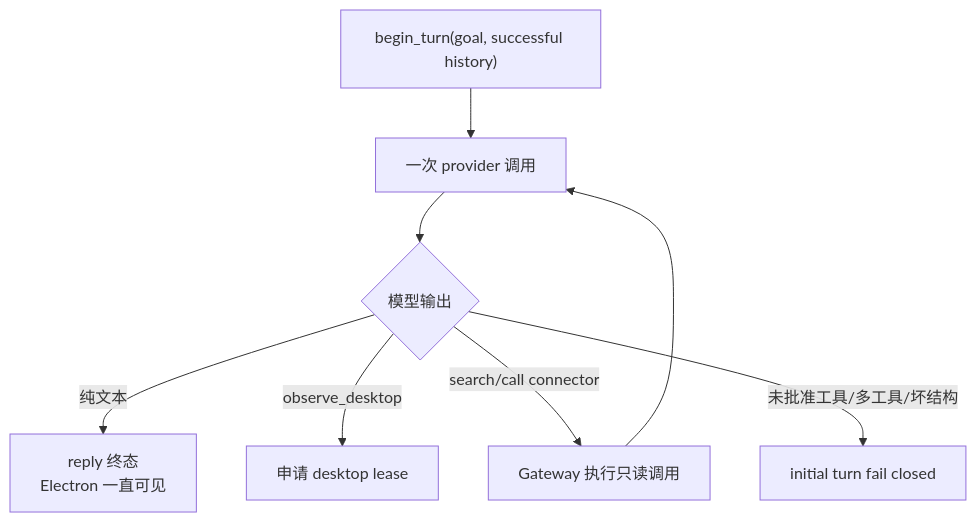
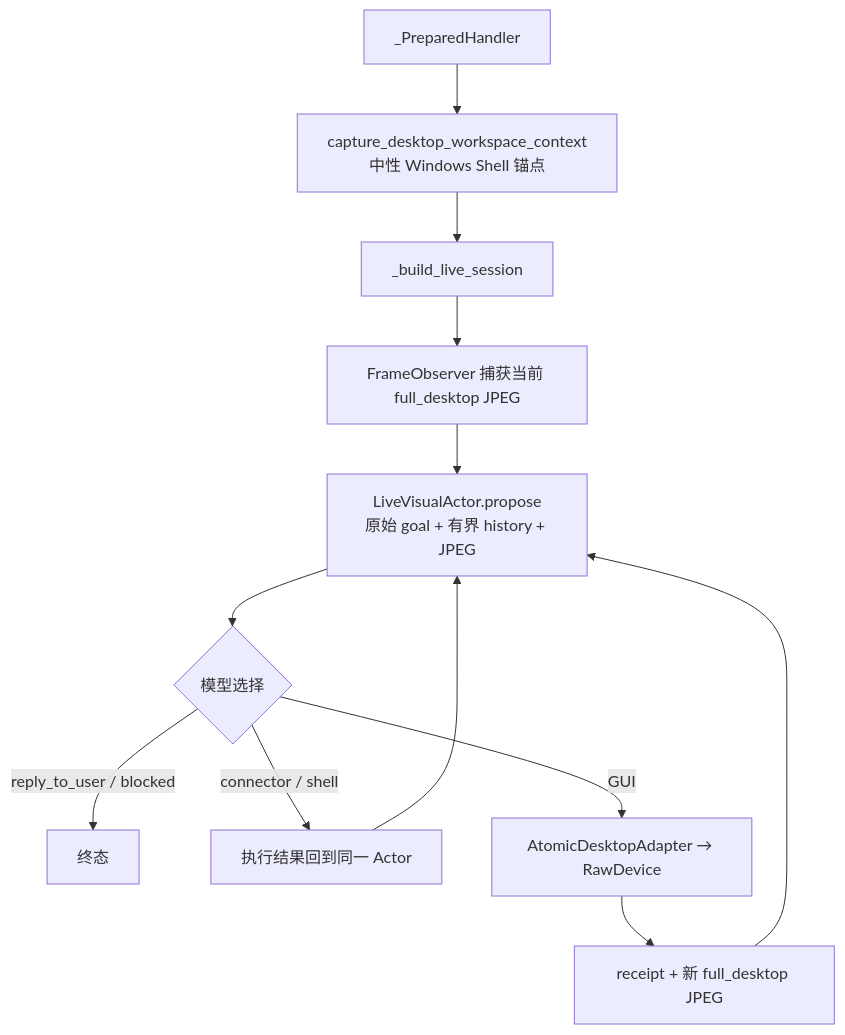
Before and after one commit to zoujiapeng/lingdong-script: the third of 8 diagrams in docs/project-guide/02-runtime-flows.md, drawn with Mermaid. The commit also changed other lines of this file and 58 other files, not shown here.

````diff
--- a/docs/project-guide/02-runtime-flows.md
+++ b/docs/project-guide/02-runtime-flows.md
@@ -146,10 +149,14 @@
 ```mermaid
 flowchart TD
-  Begin["begin_turn(goal, successful history)"] --> Model["一次 provider 调用"]
-  Model --> Choice{"模型输出"}
-  Choice -->|纯文本| Reply["reply 终态\nElectron 一直可见"]
-  Choice -->|observe_desktop| Desktop["申请 desktop lease"]
-  Choice -->|search/call connector| MCP["Gateway 执行只读调用"]
-  MCP --> Model
-  Choice -->|未批准工具/多工具/坏结构| Fail["initial turn fail closed"]
+  Handler["_PreparedHandler"] --> Target["capture_desktop_workspace_context\n中性 Windows Shell 锚点"]
+  Target --> Session["_build_live_session"]
+  Session --> Frame["FrameObserver 捕获当前 full_desktop JPEG"]
+  Frame --> Model["LiveVisualActor.propose\n原始 goal + 有界 history + JPEG"]
+  Model --> Choice{"模型选择"}
+  Choice -->|reply_to_user / blocked| Terminal["终态"]
+  Choice -->|connector / shell| Local["执行结果回到同一 Actor"]
+  Local --> Model
+  Choice -->|GUI| Physical["AtomicDesktopAdapter → RawDevice"]
+  Physical --> Next["receipt + 新 full_desktop JPEG"]
+  Next --> Model
 ```
````
